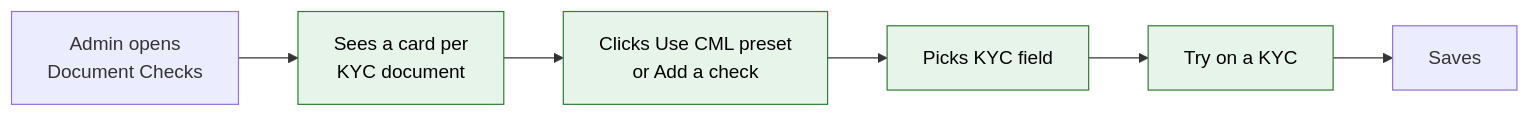
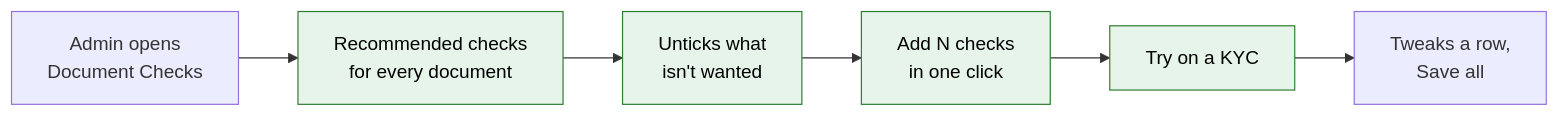
The second of 4 diagrams in openspec/changes/document-checks/proposal.md (sampadadiwan/IRM_CompanyMain), drawn with Mermaid before and after one commit. The commit also changed other lines of this file and 62 other files, not shown here.

First line of the commit message:
Document Checks: usable setup and KYC tab, xlsx export/import (#1775)

````diff
--- a/openspec/changes/document-checks/proposal.md
+++ b/openspec/changes/document-checks/proposal.md
@@ -97,10 +98,10 @@
 ```mermaid
 flowchart LR
-    A["Admin opens<br/>Document Checks"] --> B["Sees a card per<br/>KYC document"]
-    B --> C["Clicks Use CML preset<br/>or Add a check"]
-    C --> D["Picks KYC field"]
+    A["Admin opens<br/>Document Checks"] --> B["Recommended checks<br/>for every document"]
+    B --> C["Unticks what<br/>isn't wanted"]
+    C --> D["Add N checks<br/>in one click"]
     D --> E["Try on a KYC"]
-    E --> F["Saves"]
+    E --> F["Tweaks a row,<br/>Save all"]
     classDef new fill:#e6f4ea,stroke:#2e7d32,color:#000
     class B,C,D,E new
 ```
````
